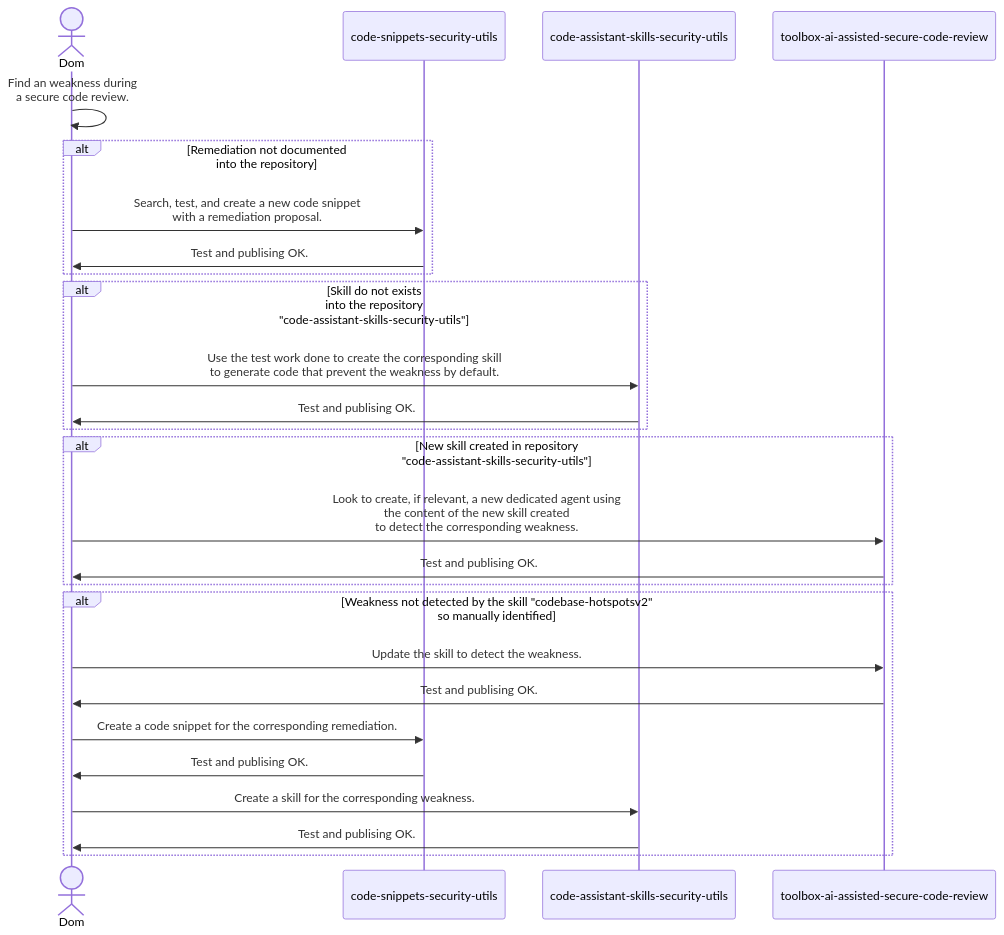
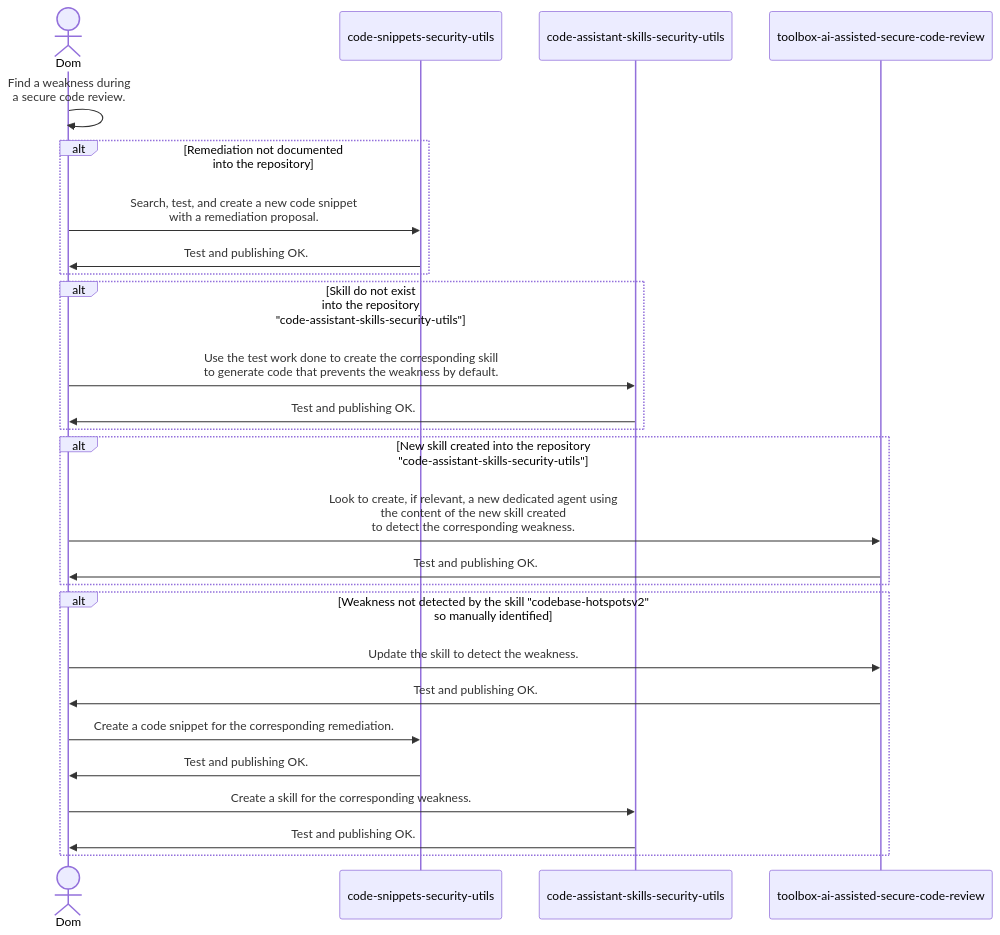
Before and after one commit to righettod/toolbox-ai-assisted-secure-code-review: the first of 2 diagrams in README.md, drawn with Mermaid. The commit also changed other lines of this file and 2 other files, not shown here.

Commit message:
add a skill to help for the manual review

````diff
--- a/README.md
+++ b/README.md
@@ -17,29 +17,29 @@
 ```mermaid
 sequenceDiagram
     actor Me as Dom
     participant R1 as code-snippets-security-utils
     participant R2 as code-assistant-skills-security-utils
     participant R3 as toolbox-ai-assisted-secure-code-review
 
-    Me->>Me: Find an weakness during<br/>a secure code review.
+    Me->>Me: Find a weakness during<br/>a secure code review.
     alt Remediation not documented<br/>into the repository
         Me->>R1: Search, test, and create a new code snippet<br/>with a remediation proposal.
-        R1->>Me: Test and publising OK.
+        R1->>Me: Test and publishing OK.
     end
-    alt Skill do not exists<br/>into the repository<br/>"code-assistant-skills-security-utils"
-        Me->>R2: Use the test work done to create the corresponding skill<br/>to generate code that prevent the weakness by default.
-        R2->>Me: Test and publising OK.
+    alt Skill do not exist<br/>into the repository<br/>"code-assistant-skills-security-utils"
+        Me->>R2: Use the test work done to create the corresponding skill<br/>to generate code that prevents the weakness by default.
+        R2->>Me: Test and publishing OK.
     end
-    alt New skill created in repository<br/>"code-assistant-skills-security-utils"
+    alt New skill created into the repository<br/>"code-assistant-skills-security-utils"
         Me->>R3: Look to create, if relevant, a new dedicated agent using<br/>the content of the new skill created<br/>to detect the corresponding weakness.
-        R3->>Me: Test and publising OK.
+        R3->>Me: Test and publishing OK.
     end        
     alt Weakness not detected by the skill "codebase-hotspotsv2"<br/>so manually identified
         Me->>R3: Update the skill to detect the weakness.
-        R3->>Me: Test and publising OK.
+        R3->>Me: Test and publishing OK.
         Me->>R1: Create a code snippet for the corresponding remediation.
-        R1->>Me: Test and publising OK.
+        R1->>Me: Test and publishing OK.
         Me->>R2: Create a skill for the corresponding weakness.
-        R2->>Me: Test and publising OK.
+        R2->>Me: Test and publishing OK.
     end
 ```
````
